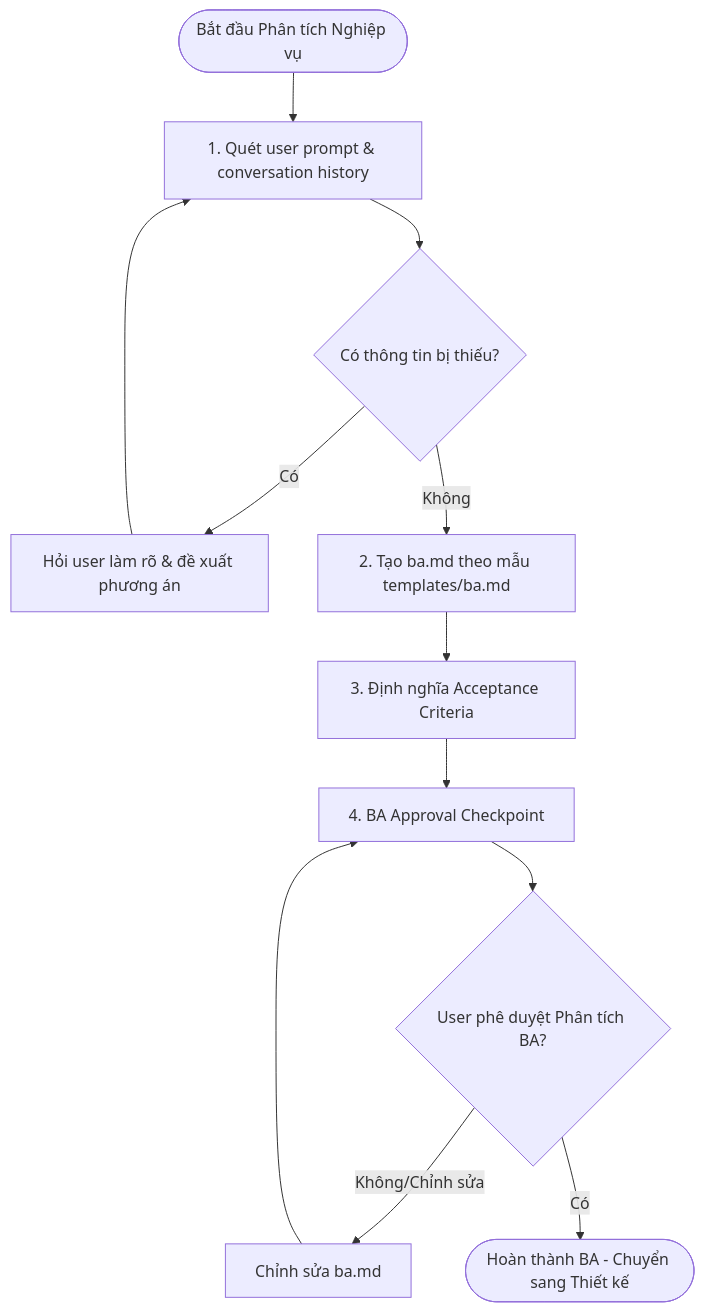
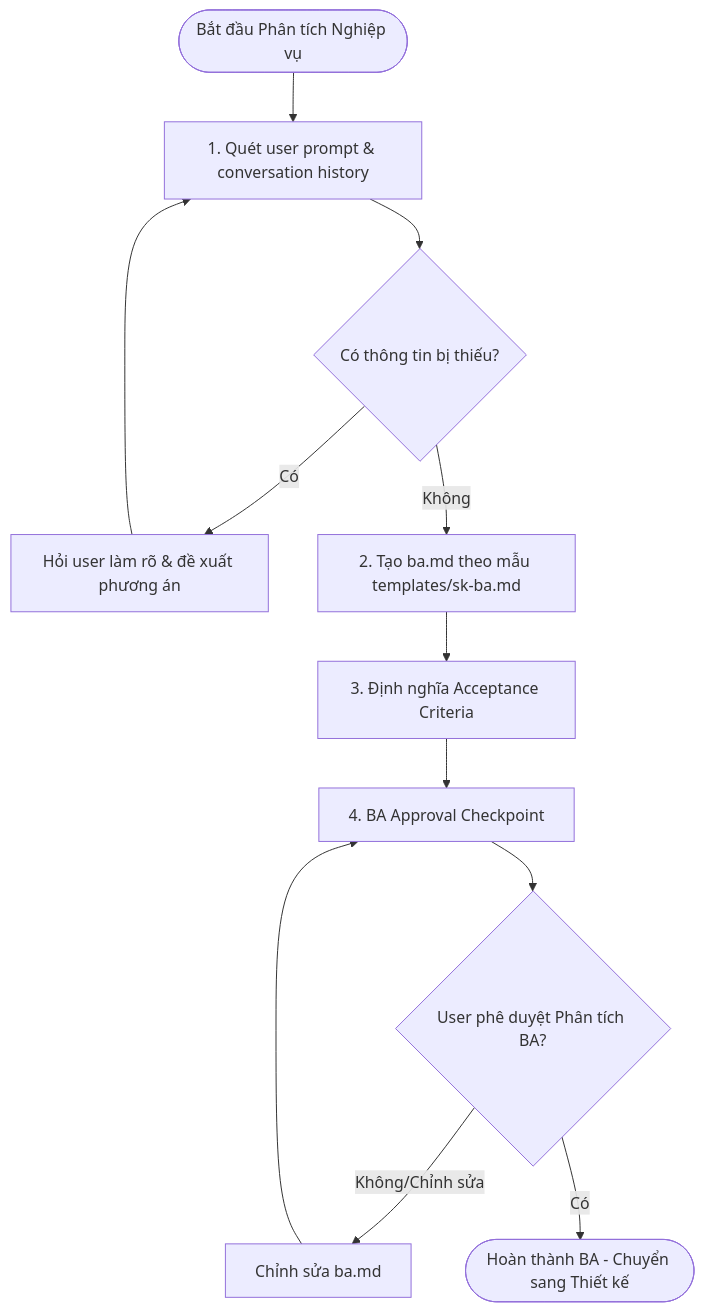
Before and after one commit to sunkid1995/sk-specs: the diagram in workflows/business-analysis.md, drawn with Mermaid. The commit also changed other lines of this file and 24 other files, not shown here.

````diff
--- a/workflows/business-analysis.md
+++ b/workflows/business-analysis.md
@@ -9,12 +9,12 @@
 ```mermaid
 graph TD
     Start([Bắt đầu Phân tích Nghiệp vụ]) --> GatherInfo[1. Quét user prompt & conversation history]
     GatherInfo --> CheckMissing{Có thông tin bị thiếu?}
     CheckMissing -- Có --> Clarify[Hỏi user làm rõ & đề xuất phương án] --> GatherInfo
-    CheckMissing -- Không --> CreateBA[2. Tạo ba.md theo mẫu templates/ba.md]
+    CheckMissing -- Không --> CreateBA[2. Tạo ba.md theo mẫu templates/sk-ba.md]
     CreateBA --> AC_Def[3. Định nghĩa Acceptance Criteria]
     AC_Def --> Checkpoint[4. BA Approval Checkpoint]
     Checkpoint --> WaitUser{User phê duyệt Phân tích BA?}
     WaitUser -- Không/Chỉnh sửa --> UpdateBA[Chỉnh sửa ba.md] --> Checkpoint
     WaitUser -- Có --> End([Hoàn thành BA - Chuyển sang Thiết kế])
 ```
````
